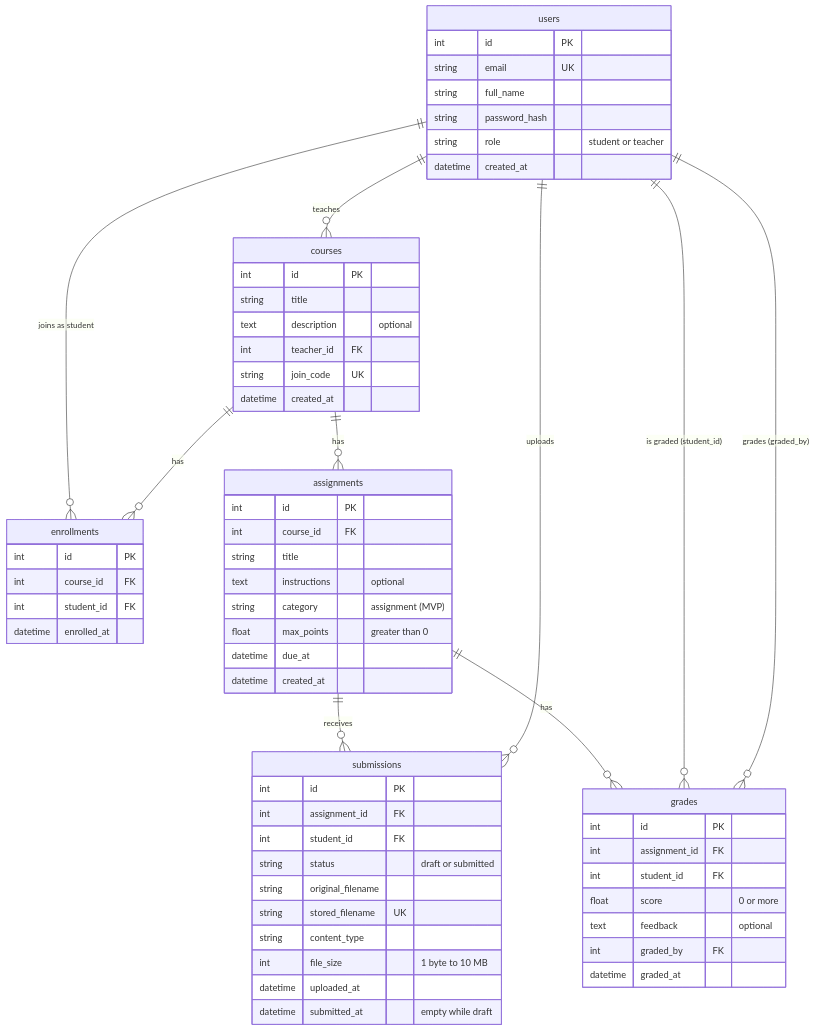
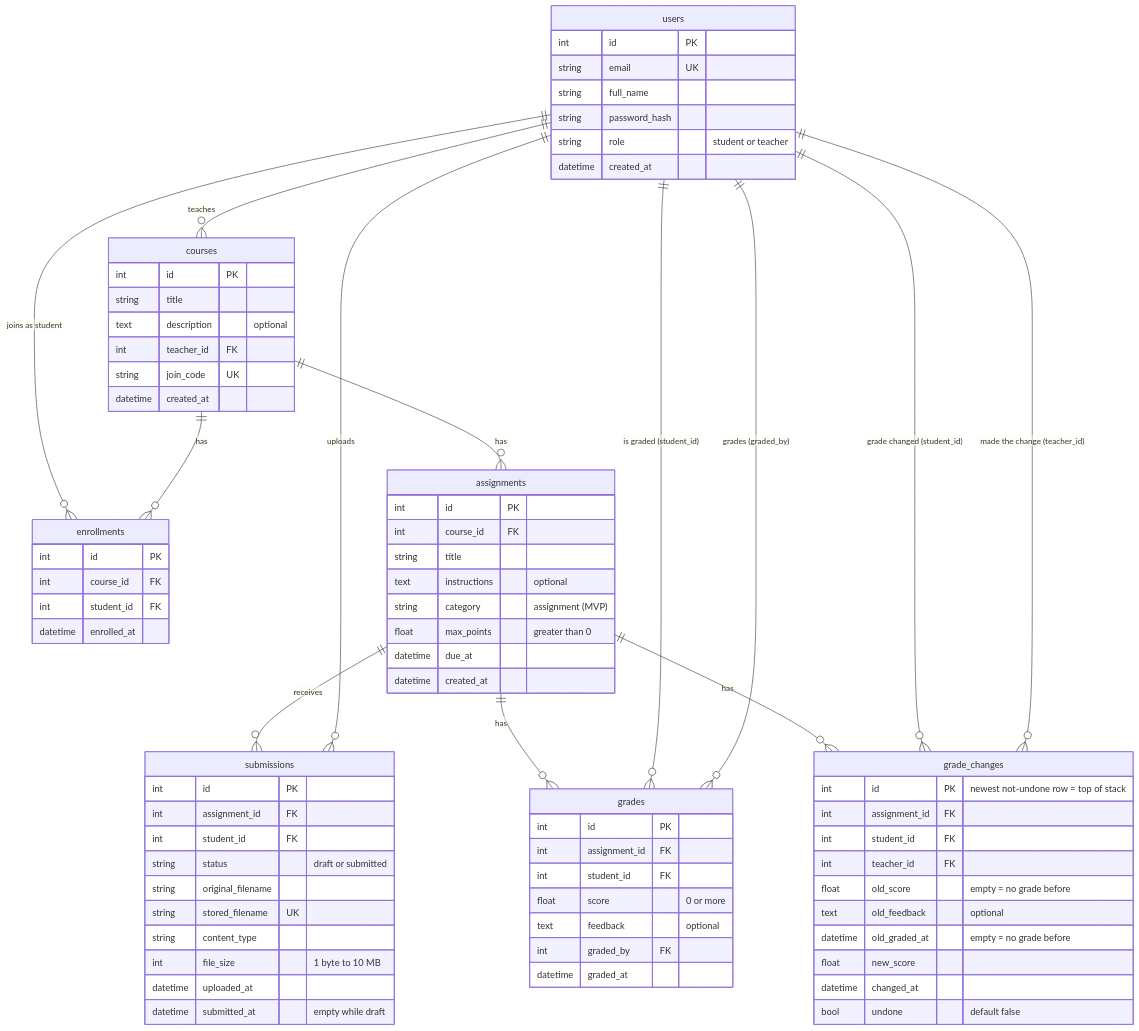
Before and after one commit to eemanabdullah5/class-flow: the diagram in docs/er-diagram.md, drawn with Mermaid. The commit also changed other lines of this file and 2 other files, not shown here.

Commit message:
Add grade_changes table for the grade undo stack

````diff
--- a/docs/er-diagram.md
+++ b/docs/er-diagram.md
@@ -14,6 +14,9 @@
     assignments ||--o{ grades : "has"
     users ||--o{ grades : "is graded (student_id)"
     users ||--o{ grades : "grades (graded_by)"
+    assignments ||--o{ grade_changes : "has"
+    users ||--o{ grade_changes : "grade changed (student_id)"
+    users ||--o{ grade_changes : "made the change (teacher_id)"
 
     users {
         int id PK
@@ -73,4 +76,17 @@
         int graded_by FK
         datetime graded_at
     }
+
+    grade_changes {
+        int id PK "newest not-undone row = top of stack"
+        int assignment_id FK
+        int student_id FK
+        int teacher_id FK
+        float old_score "empty = no grade before"
+        text old_feedback "optional"
+        datetime old_graded_at "empty = no grade before"
+        float new_score
+        datetime changed_at
+        bool undone "default false"
+    }
 ```
````
